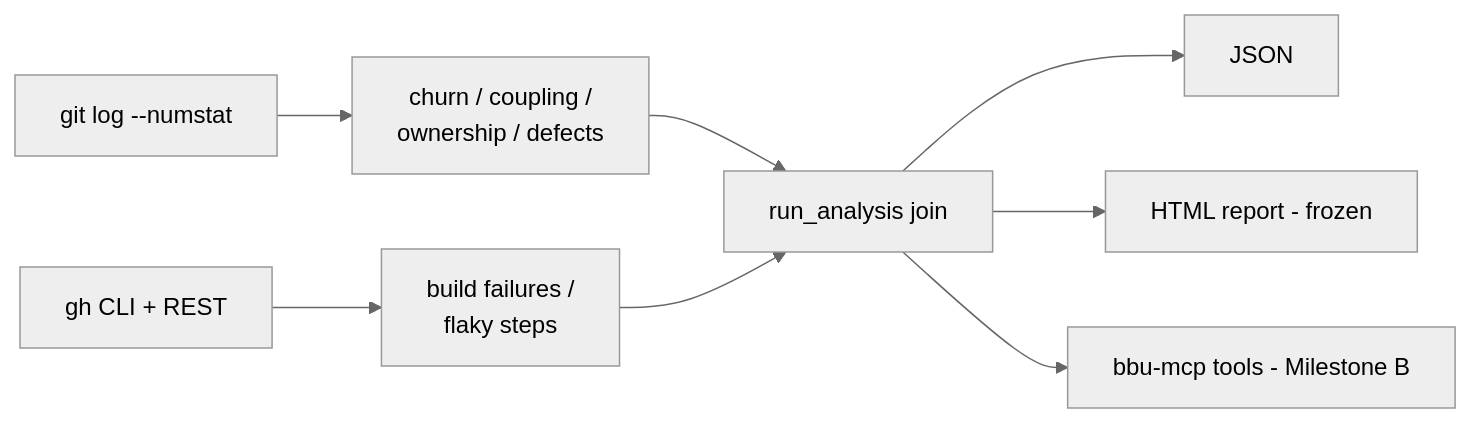
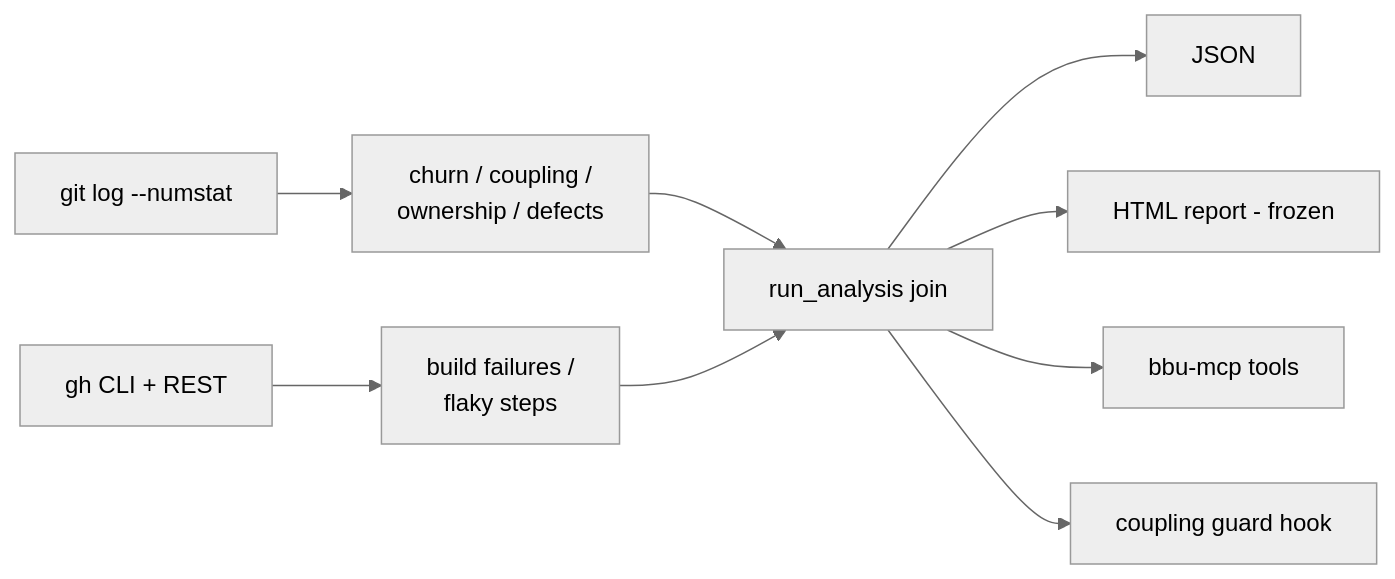
One commit to michael-denyer/black-box-unlock changed the diagram in docs/ARCHITECTURE.md. Above: the diagram before and after it, drawn with Mermaid (neutral theme). The commit also changed other lines of this file and 1 other file, not shown here.

First line of the commit message:
docs: catch up with shipped MCP server, coupling guard, and marketplace

````diff
--- a/docs/ARCHITECTURE.md
+++ b/docs/ARCHITECTURE.md
@@ -47,10 +49,11 @@
 ```mermaid
 flowchart LR
     Git[git log --numstat] --> Parse[churn / coupling /<br/>ownership / defects]
     GH[gh CLI + REST] --> CI[build failures /<br/>flaky steps]
     Parse --> Join[run_analysis join]
     CI --> Join
     Join --> JSON[JSON]
     Join --> HTML[HTML report - frozen]
-    Join --> MCP[bbu-mcp tools - Milestone B]
+    Join --> MCP[bbu-mcp tools]
+    Join --> Guard[coupling guard hook]
 ```
````
